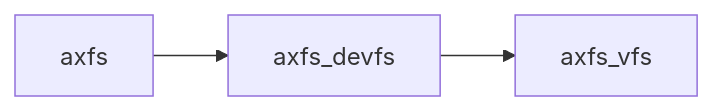
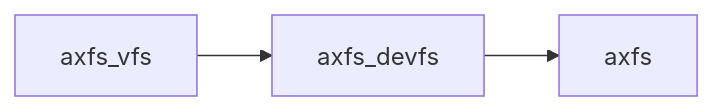
Before and after one commit to rcore-os/tgoskits: the diagram in docs/crates/axfs_devfs.md, drawn with Mermaid. The commit also changed other lines of this file and 99 other files, not shown here.

````diff
--- a/docs/crates/axfs_devfs.md
+++ b/docs/crates/axfs_devfs.md
@@ -36,6 +77,6 @@
 ```mermaid
 graph LR
-    current["axfs_devfs"]
-    current --> axfs_vfs["axfs_vfs"]
-    axfs["axfs"] --> current
+    axfs_vfs["axfs_vfs"] --> current["axfs_devfs"]
+
+    current --> axfs["axfs"]
 ```
````
